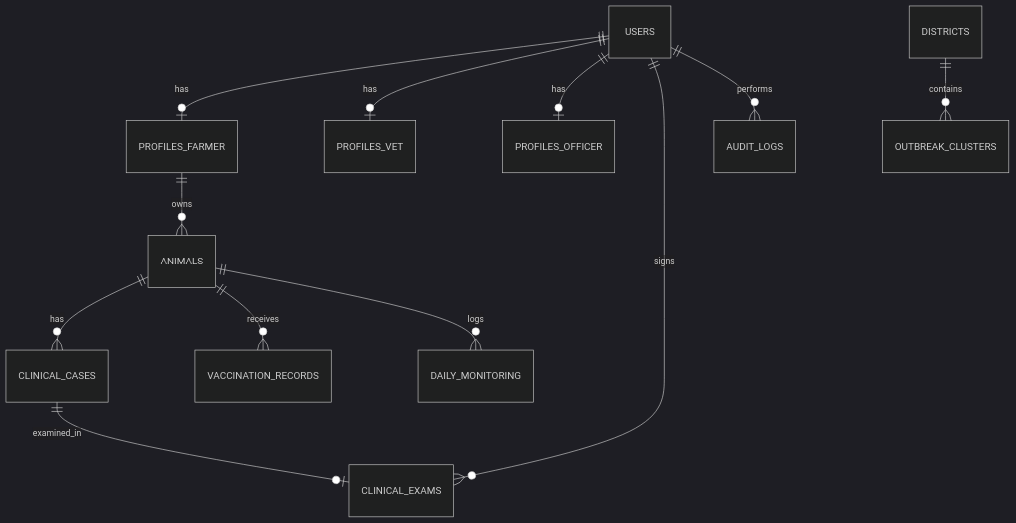
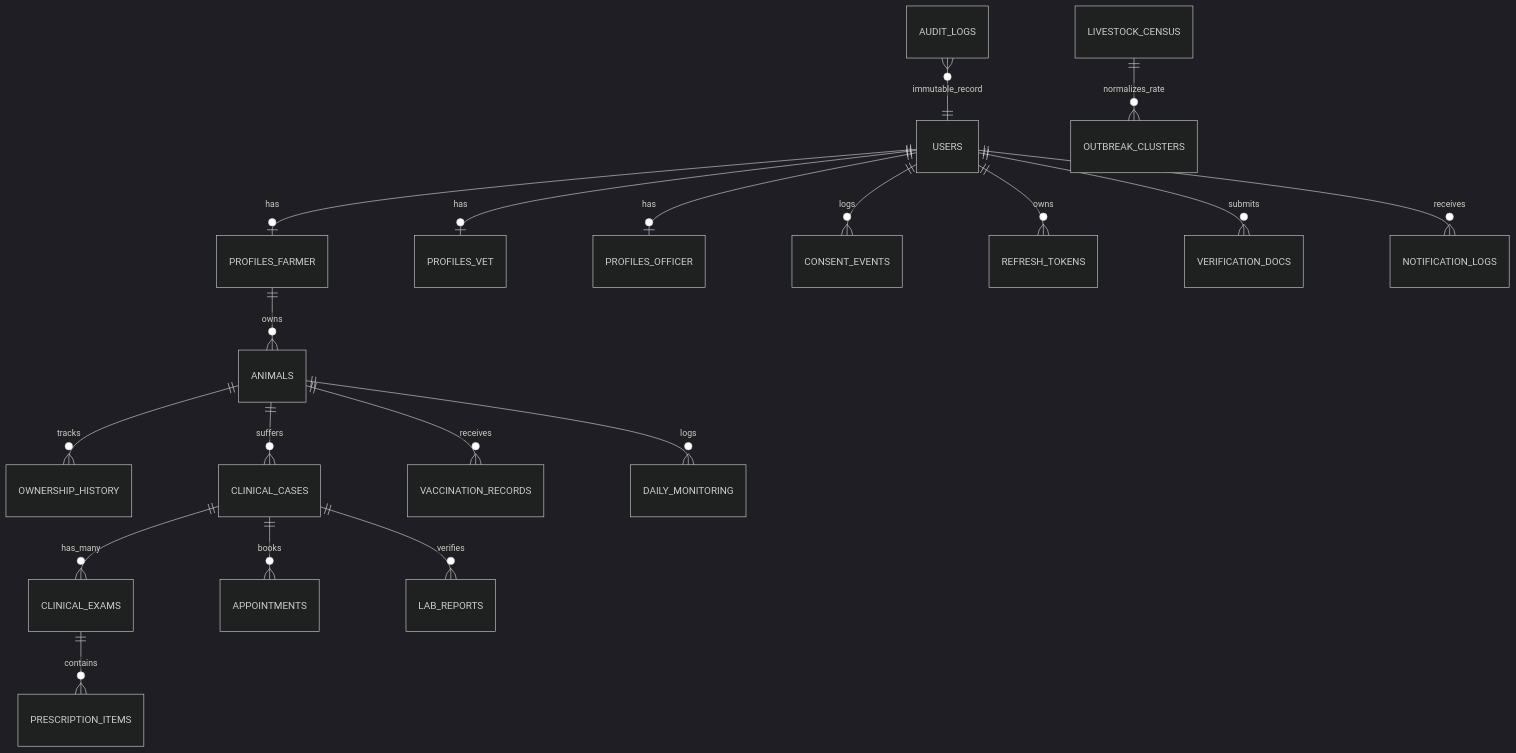
Before and after one commit to chetanbhagore/PashuSachet: the first of 2 diagrams in BACKEND_ARCHITECTURE_PLAN.md, drawn with Mermaid (dark theme). The commit also changed other lines of this file and 1 other file, not shown here.

Commit message:
Correct backend schema: normalized prescription items, last-dose withdrawal, idempotency, and unified triage bands

````diff
--- a/BACKEND_ARCHITECTURE_PLAN.md
+++ b/BACKEND_ARCHITECTURE_PLAN.md
@@ -51,14 +30,25 @@
 ```mermaid
 erDiagram
     USERS ||--o| PROFILES_FARMER : has
     USERS ||--o| PROFILES_VET : has
     USERS ||--o| PROFILES_OFFICER : has
+    USERS ||--o{ CONSENT_EVENTS : logs
+    USERS ||--o{ REFRESH_TOKENS : owns
+    USERS ||--o{ VERIFICATION_DOCS : submits
+    
     PROFILES_FARMER ||--o{ ANIMALS : owns
-    ANIMALS ||--o{ CLINICAL_CASES : has
+    ANIMALS ||--o{ OWNERSHIP_HISTORY : tracks
+    ANIMALS ||--o{ CLINICAL_CASES : suffers
     ANIMALS ||--o{ VACCINATION_RECORDS : receives
     ANIMALS ||--o{ DAILY_MONITORING : logs
-    CLINICAL_CASES ||--o| CLINICAL_EXAMS : examined_in
-    USERS ||--o{ CLINICAL_EXAMS : signs
-    DISTRICTS ||--o{ OUTBREAK_CLUSTERS : contains
-    USERS ||--o{ AUDIT_LOGS : performs
+
+    CLINICAL_CASES ||--o{ CLINICAL_EXAMS : has_many
+    CLINICAL_CASES ||--o{ APPOINTMENTS : books
+    CLINICAL_CASES ||--o{ LAB_REPORTS : verifies
+    
+    CLINICAL_EXAMS ||--o{ PRESCRIPTION_ITEMS : contains
+    
+    LIVESTOCK_CENSUS ||--o{ OUTBREAK_CLUSTERS : normalizes_rate
+    USERS ||--o{ NOTIFICATION_LOGS : receives
+    AUDIT_LOGS }o--|| USERS : immutable_record
 ```
````
